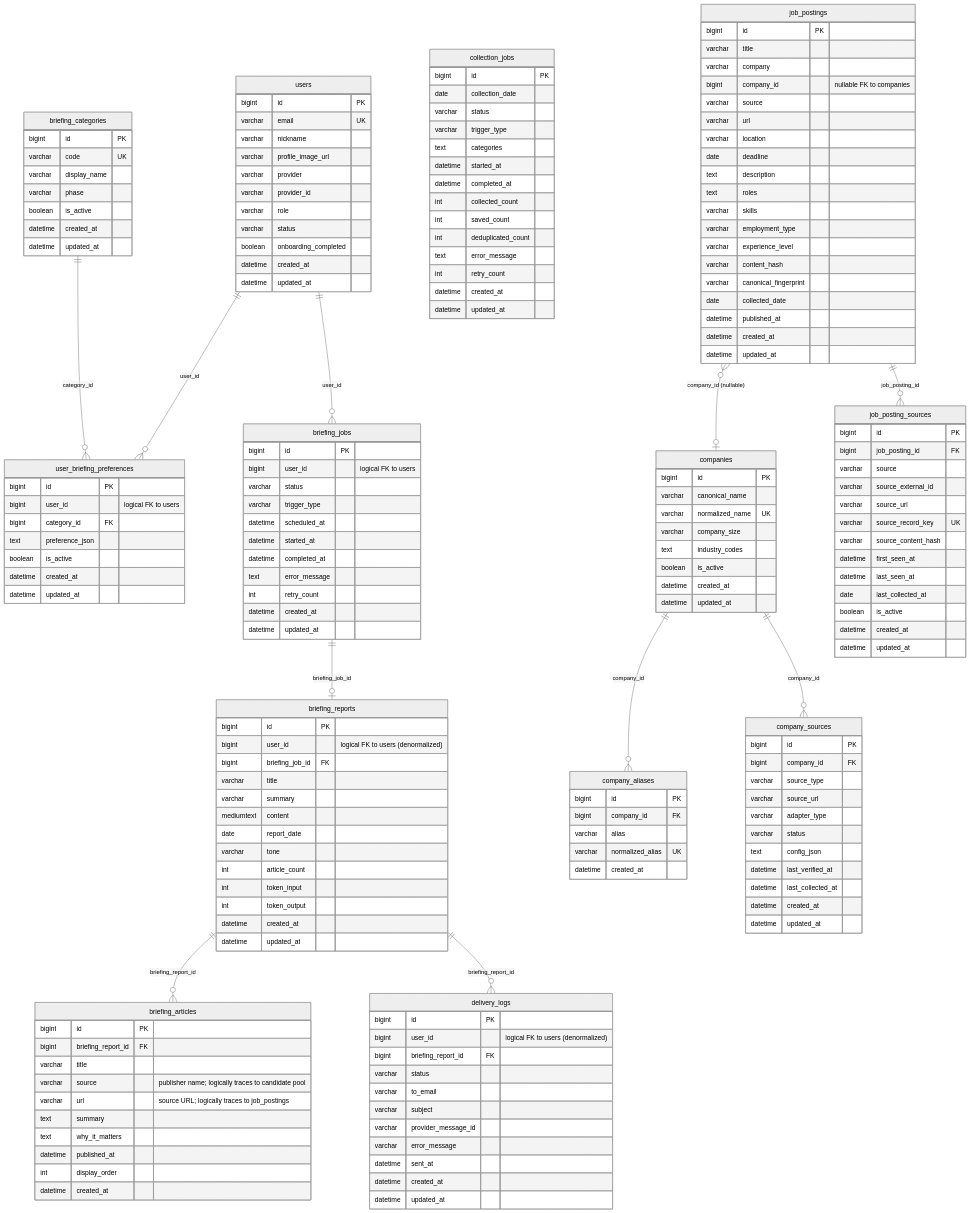
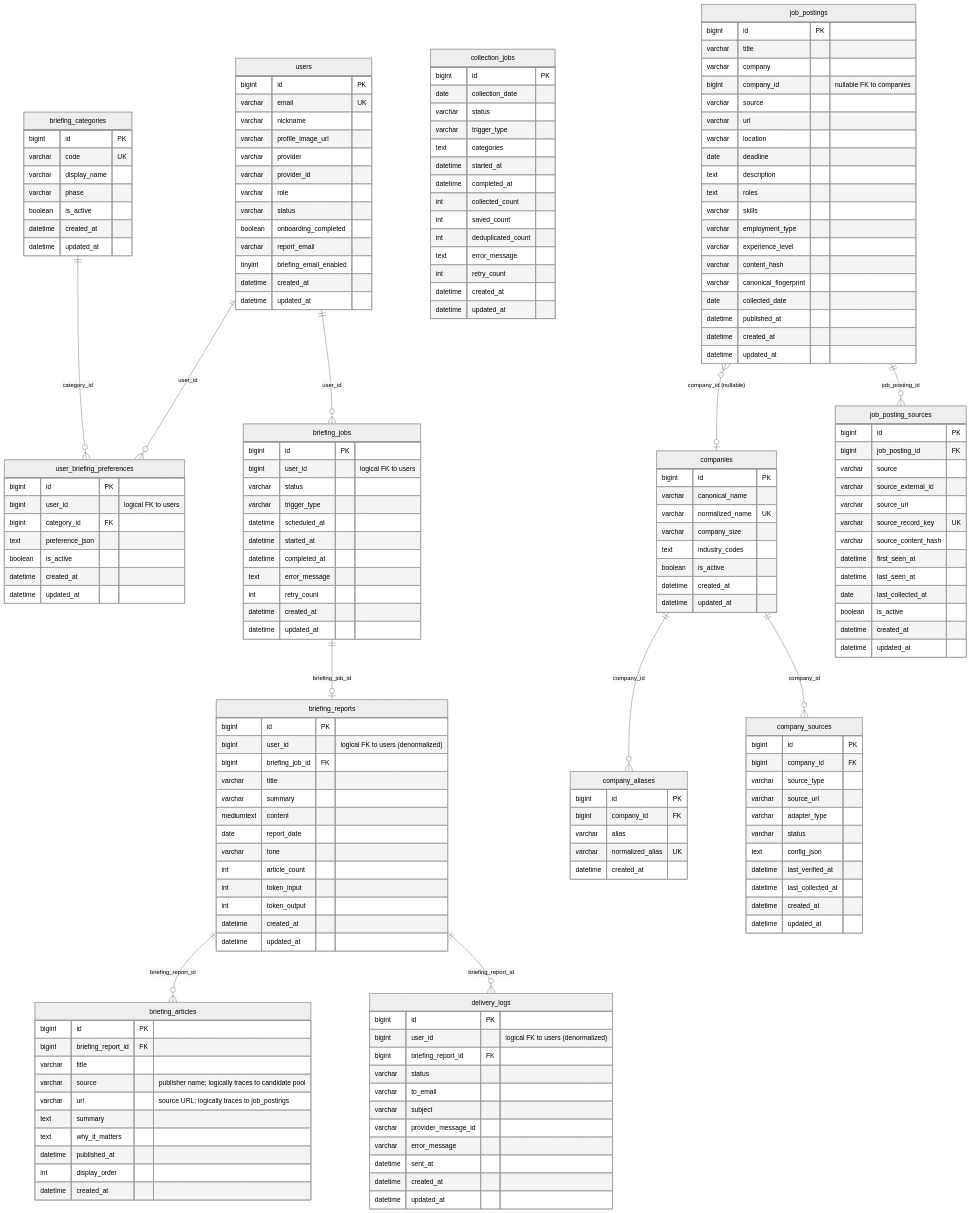
Before and after one commit to ljyljy020202/Briefy: the diagram in docs/database.md, drawn with Mermaid (neutral theme). The commit also changed other lines of this file and 3 other files, not shown here.

```diff
--- a/docs/database.md
+++ b/docs/database.md
@@ -23,6 +23,8 @@
         varchar role
         varchar status
         boolean onboarding_completed
+        varchar report_email
+        tinyint briefing_email_enabled
         datetime created_at
         datetime updated_at
     }
@@ -193,8 +195,8 @@
     }
 
     %% Planned (not yet implemented as Java entities):
-    %% user_feedbacks       — user reactions to briefing reports
-    %% notification_settings — per-user delivery time and channel toggles
+    %% user_feedbacks          — user reactions to briefing reports
+    %% notification_settings   — per-user delivery time; email toggle is already in users.briefing_email_enabled
 
     users ||--o{ user_briefing_preferences : "user_id"
     briefing_categories ||--o{ user_briefing_preferences : "category_id"
```
